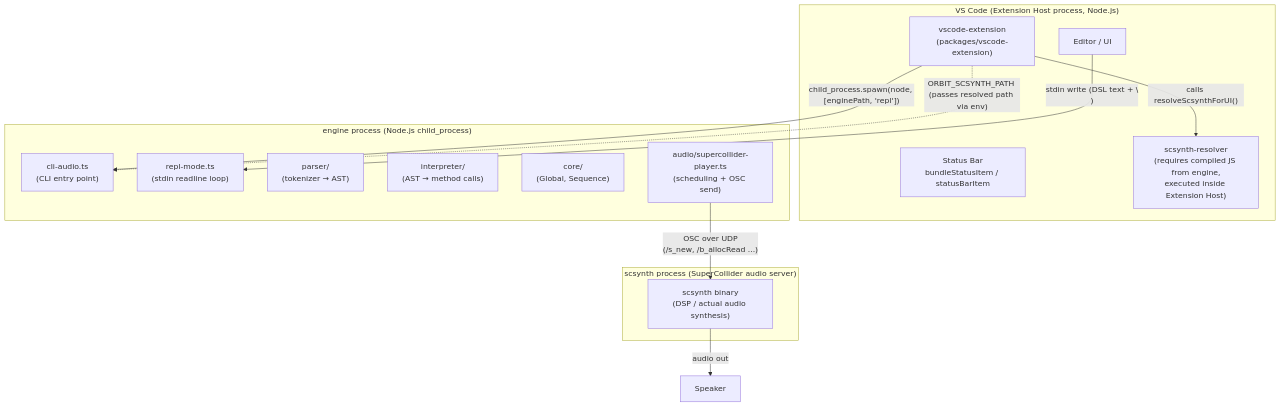
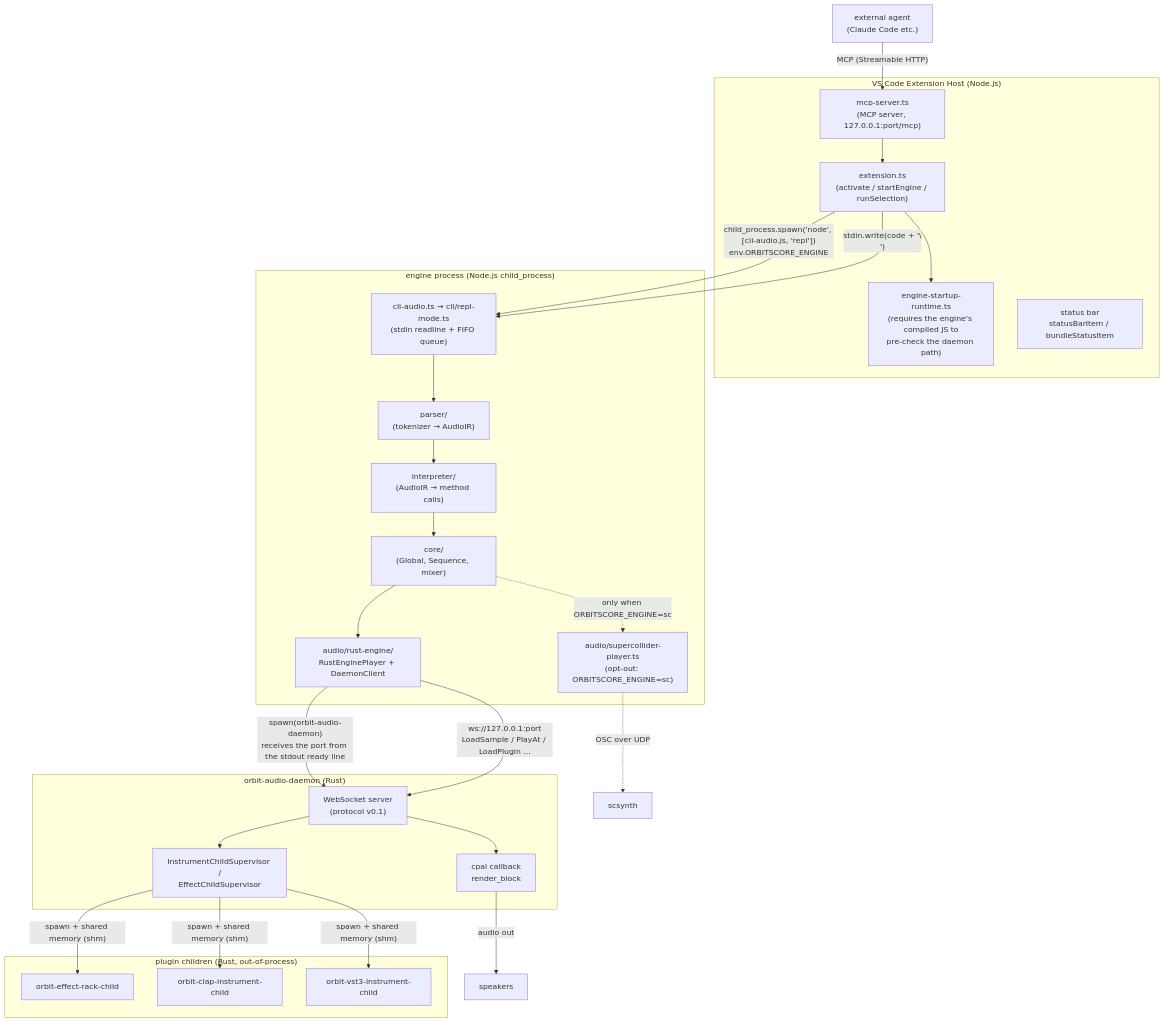
Before and after one commit to signalcompose/orbitscore: the first of 2 diagrams in sites/dev/en/orientation/architecture-overview.md, drawn with Mermaid. The commit also changed other lines of this file and 14 other files, not shown here.

First line of the commit message:
docs(dev-site): re-verify the overview, pipeline, SuperCollider path, and ADR-002 chapters (ja/en)

````diff
--- a/sites/dev/en/orientation/architecture-overview.md
+++ b/sites/dev/en/orientation/architecture-overview.md
@@ -21,30 +29,47 @@
 ```mermaid
 graph TD
-  subgraph "VS Code (Extension Host process, Node.js)"
-    EXT["vscode-extension\n(packages/vscode-extension)"]
-    EDITOR["Editor / UI"]
-    STATUSBAR["Status Bar\nbundleStatusItem / statusBarItem"]
-    RESOLVER["scsynth-resolver\n(requires compiled JS from engine,\nexecuted inside Extension Host)"]
+  subgraph "VS Code Extension Host (Node.js)"
+    EXT["extension.ts\n(activate / startEngine / runSelection)"]
+    MCP["mcp-server.ts\n(MCP server, 127.0.0.1:port/mcp)"]
+    RESOLVER["engine-startup-runtime.ts\n(requires the engine's compiled JS to\npre-check the daemon path)"]
+    STATUS["status bar\nstatusBarItem / bundleStatusItem"]
   end
 
   subgraph "engine process (Node.js child_process)"
-    CLI["cli-audio.ts\n(CLI entry point)"]
-    REPL["repl-mode.ts\n(stdin readline loop)"]
-    PARSER["parser/\n(tokenizer → AST)"]
-    INTERP["interpreter/\n(AST → method calls)"]
-    CORE["core/\n(Global, Sequence)"]
-    AUDIO["audio/supercollider-player.ts\n(scheduling + OSC send)"]
+    CLI["cli-audio.ts → cli/repl-mode.ts\n(stdin readline + FIFO queue)"]
+    PARSER["parser/\n(tokenizer → AudioIR)"]
+    INTERP["interpreter/\n(AudioIR → method calls)"]
+    CORE["core/\n(Global, Sequence, mixer)"]
+    PLAYER["audio/rust-engine/\nRustEnginePlayer + DaemonClient"]
+    SC["audio/supercollider-player.ts\n(opt-out: ORBITSCORE_ENGINE=sc)"]
   end
 
-  subgraph "scsynth process (SuperCollider audio server)"
-    SCSYNTH["scsynth binary\n(DSP / actual audio synthesis)"]
+  subgraph "orbit-audio-daemon (Rust)"
+    WS["WebSocket server\n(protocol v0.1)"]
+    RENDER["cpal callback\nrender_block"]
+    SUP["InstrumentChildSupervisor /\nEffectChildSupervisor"]
   end
 
-  EDITOR -->|"stdin write (DSL text + \\n)"| REPL
-  EXT -->|"child_process.spawn(node, [enginePath, 'repl'])"| CLI
-  AUDIO -->|"OSC over UDP\n(/s_new, /b_allocRead ...)"| SCSYNTH
-  SCSYNTH -->|"audio out"| DAC["Speaker"]
+  subgraph "plugin children (Rust, out-of-process)"
+    CHILD1["orbit-effect-rack-child"]
+    CHILD2["orbit-clap-instrument-child"]
+    CHILD3["orbit-vst3-instrument-child"]
+  end
 
-  EXT -->|"calls resolveScsynthForUI()"| RESOLVER
-  EXT -.->|"ORBIT_SCSYNTH_PATH (passes resolved path via env)"| CLI
+  AGENT["external agent\n(Claude Code etc.)"] -->|"MCP (Streamable HTTP)"| MCP
+  MCP --> EXT
+  EXT -->|"child_process.spawn('node', [cli-audio.js, 'repl'])\nenv.ORBITSCORE_ENGINE"| CLI
+  EXT -->|"stdin.write(code + '\\n')"| CLI
+  EXT --> RESOLVER
+  CLI --> PARSER --> INTERP --> CORE --> PLAYER
+  CORE -.->|"only when ORBITSCORE_ENGINE=sc"| SC
+  PLAYER -->|"spawn(orbit-audio-daemon)\nreceives the port from the stdout ready line"| WS
+  PLAYER -->|"ws://127.0.0.1:port\nLoadSample / PlayAt / LoadPlugin ..."| WS
+  WS --> RENDER
+  WS --> SUP
+  SUP -->|"spawn + shared memory (shm)"| CHILD1
+  SUP -->|"spawn + shared memory (shm)"| CHILD2
+  SUP -->|"spawn + shared memory (shm)"| CHILD3
+  RENDER -->|"audio out"| DAC["speakers"]
+  SC -.->|"OSC over UDP"| SCSYNTH["scsynth"]
 ```
````
